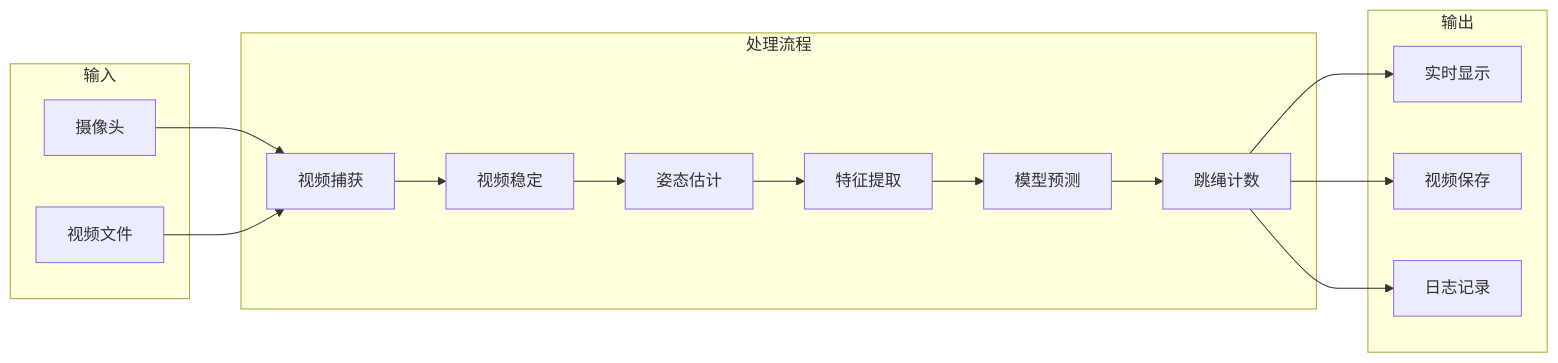
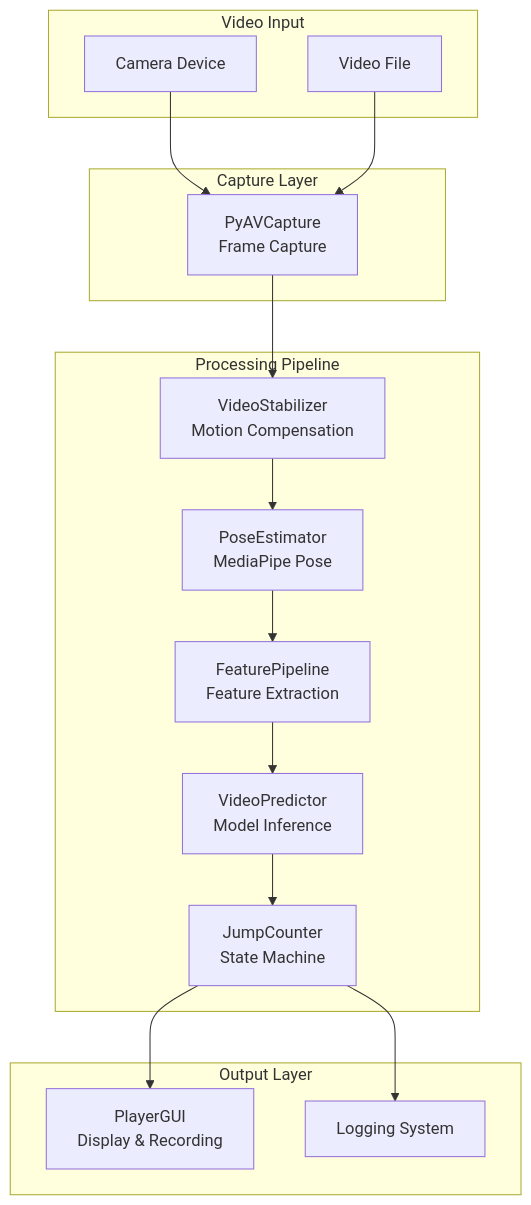
One commit to franciszero/RopeJumpCounter changed the third of 10 diagrams in docs/ARCHITECTURE.md. Above: the diagram before and after it, drawn with Mermaid. The commit also changed other lines of this file and 289 other files, not shown here.

````diff
--- a/docs/ARCHITECTURE.md
+++ b/docs/ARCHITECTURE.md
@@ -83,33 +123,34 @@
 ```mermaid
-flowchart LR
-    subgraph "输入"
-        CAM[摄像头]
-        VIDEO[视频文件]
+flowchart TD
+    subgraph "Video Input"
+        CAM[Camera Device]
+        VIDEO[Video File]
     end
     
-    subgraph "处理流程"
-        CAP[视频捕获]
-        STAB[视频稳定]
-        POSE[姿态估计]
-        FEAT[特征提取]
-        PRED[模型预测]
-        COUNT[跳绳计数]
+    subgraph "Capture Layer"
+        CAP[PyAVCapture<br/>Frame Capture]
     end
     
-    subgraph "输出"
-        DISPLAY[实时显示]
-        SAVE[视频保存]
-        LOG[日志记录]
+    subgraph "Processing Pipeline"
+        STAB[VideoStabilizer<br/>Motion Compensation]
+        POSE[PoseEstimator<br/>MediaPipe Pose]
+        FEAT[FeaturePipeline<br/>Feature Extraction]
+        PRED[VideoPredictor<br/>Model Inference]
+        COUNT[JumpCounter<br/>State Machine]
+    end
+    
+    subgraph "Output Layer"
+        GUI[PlayerGUI<br/>Display & Recording]
+        LOG[Logging System]
     end
     
     CAM --> CAP
     VIDEO --> CAP
     CAP --> STAB
     STAB --> POSE
     POSE --> FEAT
     FEAT --> PRED
     PRED --> COUNT
-    COUNT --> DISPLAY
-    COUNT --> SAVE
+    COUNT --> GUI
     COUNT --> LOG
 ```
````
